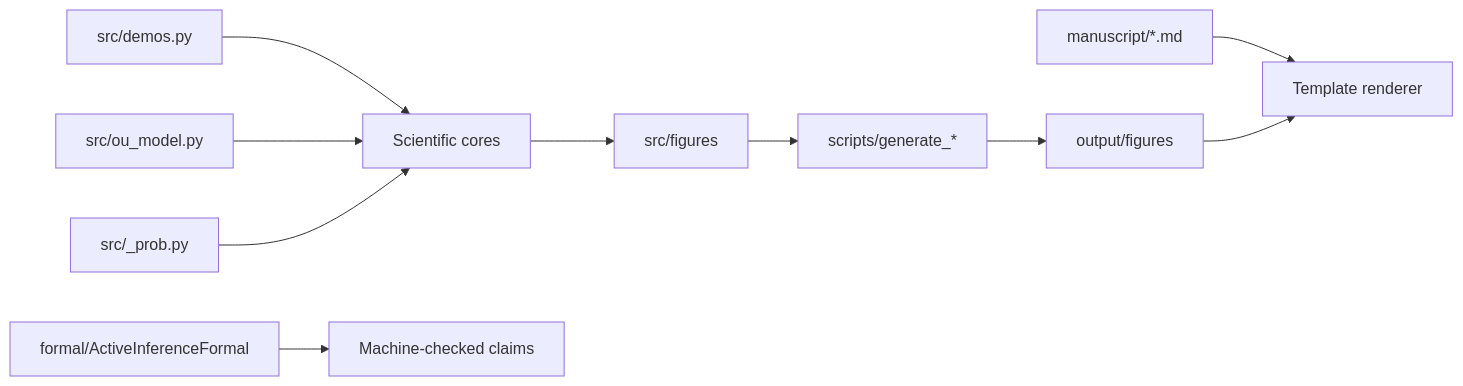
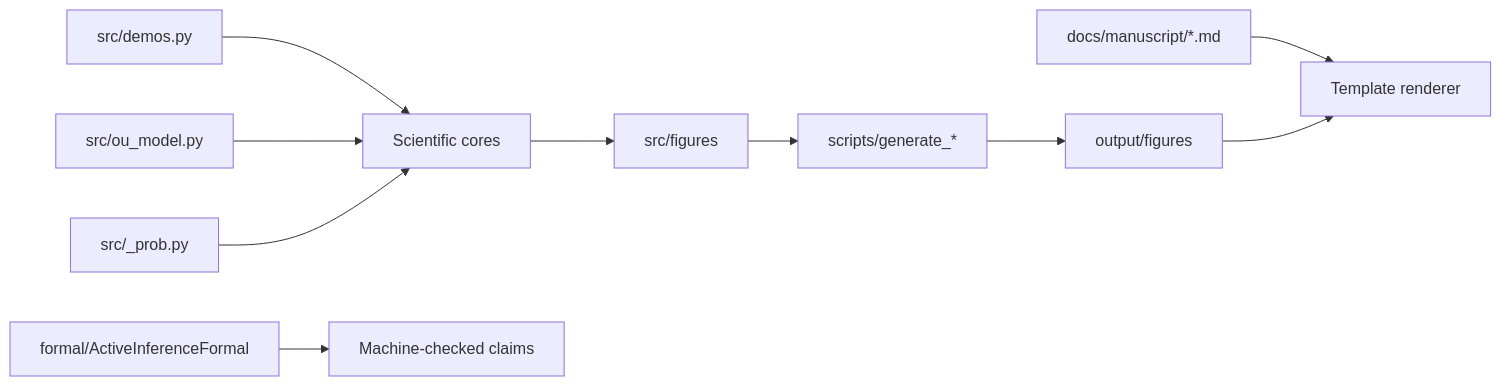
The diagram in docs/architecture.md (docxology/ActiveInferenceSynthetic), drawn with Mermaid before and after one commit. The commit also changed 35 other files, not shown here.

First line of the commit message:
feat(manuscript): migrate to docs/manuscript/ and embed planning figure

````diff
--- a/docs/architecture.md
+++ b/docs/architecture.md
@@ -3,12 +3,12 @@
 ```mermaid
 flowchart LR
     Demos[src/demos.py] --> Cores[Scientific cores]
     OU[src/ou_model.py] --> Cores
     Prob[src/_prob.py] --> Cores
     Cores --> Figures[src/figures]
     Figures --> Scripts[scripts/generate_*]
     Scripts --> Output[output/figures]
-    Manuscript[manuscript/*.md] --> Renderer[Template renderer]
+    Manuscript[docs/manuscript/*.md] --> Renderer[Template renderer]
     Output --> Renderer
     Lean[formal/ActiveInferenceFormal] --> Proofs[Machine-checked claims]
 ```
````
